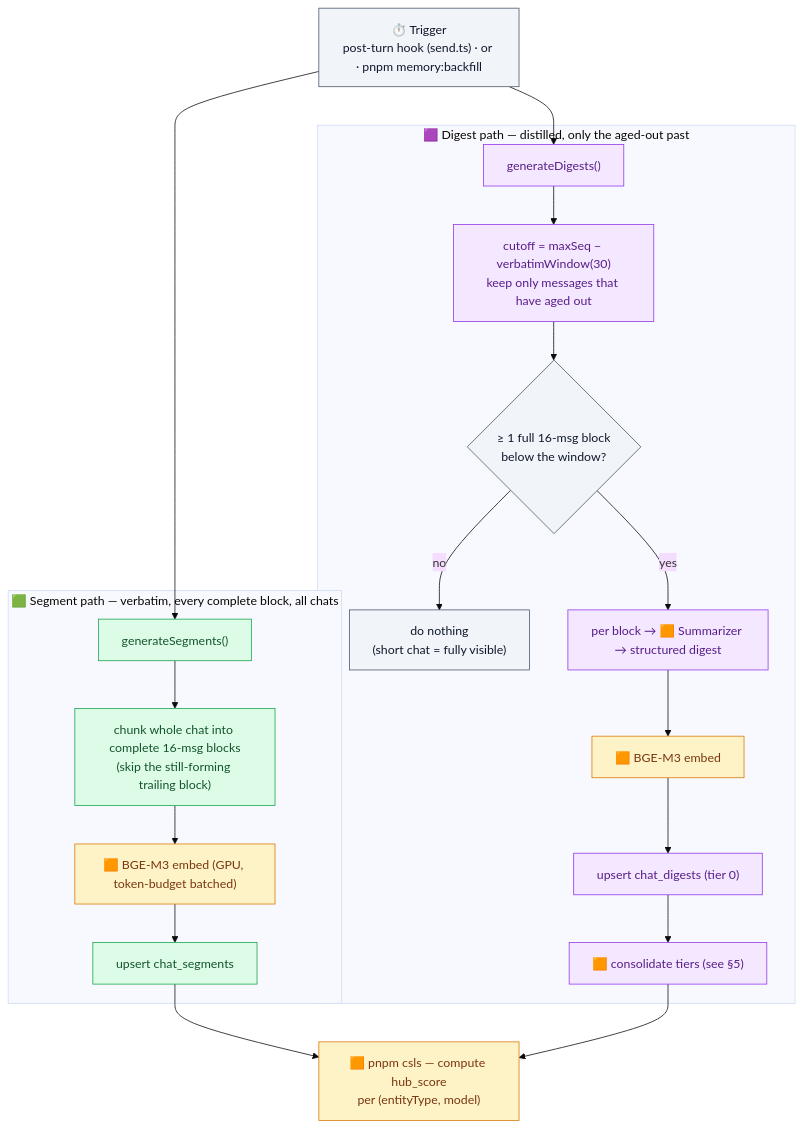
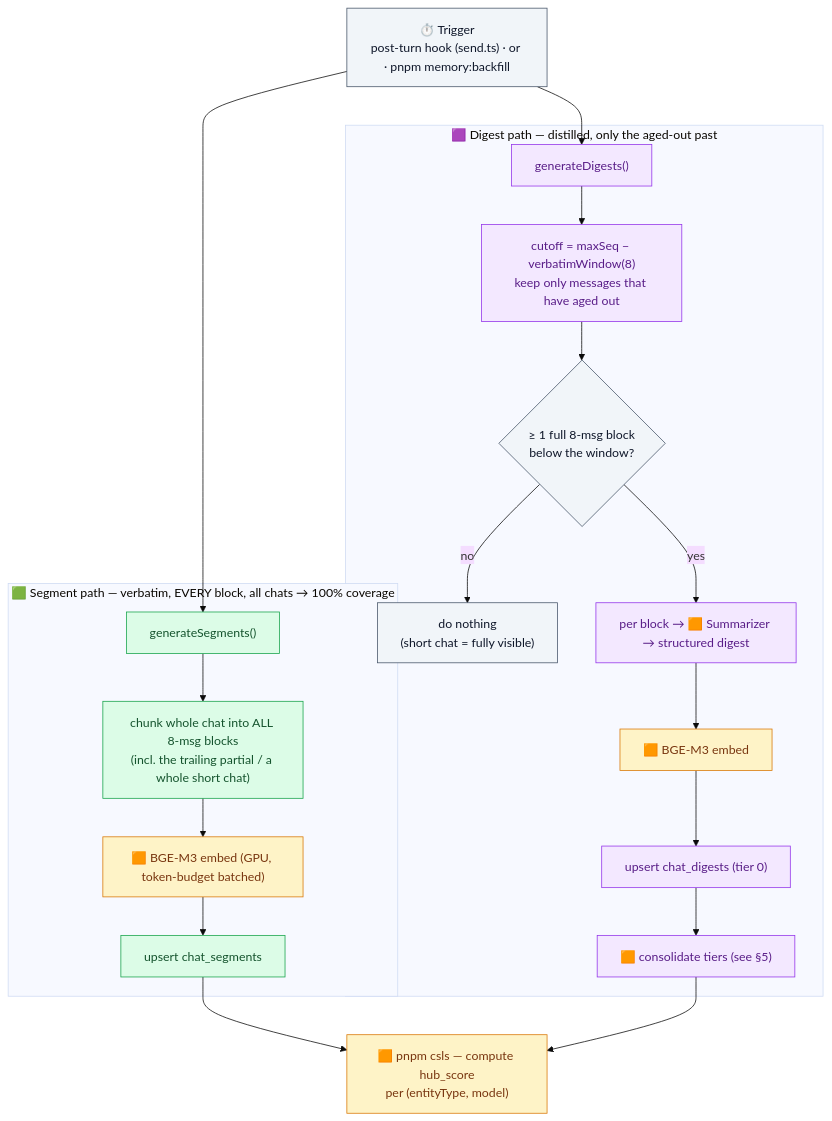
One commit to Inktomi93/neo-tavern changed the fourth of 8 diagrams in docs/memory-diagram.md. Above: the diagram before and after it, drawn with Mermaid (base theme). The commit also changed other lines of this file and 1 other file, not shown here.

````diff
--- a/docs/memory-diagram.md
+++ b/docs/memory-diagram.md
@@ -119,31 +119,31 @@
 ```mermaid
 flowchart TD
     TRIG["⏱️ Trigger<br/>post-turn hook (send.ts) · or · pnpm memory:backfill"]:::infra
 
     TRIG --> SEGGEN["generateSegments()"]:::segment
     TRIG --> DIGGEN["generateDigests()"]:::digest
 
-    subgraph SEGPATH["🟩 Segment path — verbatim, every complete block, all chats"]
-        SEGGEN --> SBLK["chunk whole chat into complete 16-msg blocks<br/>(skip the still-forming trailing block)"]:::segment
+    subgraph SEGPATH["🟩 Segment path — verbatim, EVERY block, all chats → 100% coverage"]
+        SEGGEN --> SBLK["chunk whole chat into ALL 8-msg blocks<br/>(incl. the trailing partial / a whole short chat)"]:::segment
         SBLK --> SEMB["🟧 BGE-M3 embed (GPU, token-budget batched)"]:::model
         SEMB --> SUP["upsert chat_segments"]:::segment
     end
 
     subgraph DIGPATH["🟪 Digest path — distilled, only the aged-out past"]
-        DIGGEN --> CUT["cutoff = maxSeq − verbatimWindow(30)<br/>keep only messages that have aged out"]:::digest
-        CUT --> ELIG{"≥ 1 full 16-msg block<br/>below the window?"}:::infra
+        DIGGEN --> CUT["cutoff = maxSeq − verbatimWindow(8)<br/>keep only messages that have aged out"]:::digest
+        CUT --> ELIG{"≥ 1 full 8-msg block<br/>below the window?"}:::infra
         ELIG -->|no| SKIP["do nothing<br/>(short chat = fully visible)"]:::infra
         ELIG -->|yes| T0["per block → 🟧 Summarizer → structured digest"]:::digest
         T0 --> DEMB["🟧 BGE-M3 embed"]:::model
         DEMB --> DUP["upsert chat_digests (tier 0)"]:::digest
         DUP --> CONS["🟧 consolidate tiers (see §5)"]:::digest
     end
 
     SUP --> CSLS["🟧 pnpm csls — compute hub_score<br/>per (entityType, model)"]:::model
     CONS --> CSLS
 
     classDef infra fill:#f1f5f9,stroke:#475569,color:#0f172a;
     classDef segment fill:#dcfce7,stroke:#16a34a,color:#14532d;
     classDef digest fill:#f3e8ff,stroke:#9333ea,color:#581c87;
     classDef model fill:#fef3c7,stroke:#d97706,color:#78350f;
 ```
````
